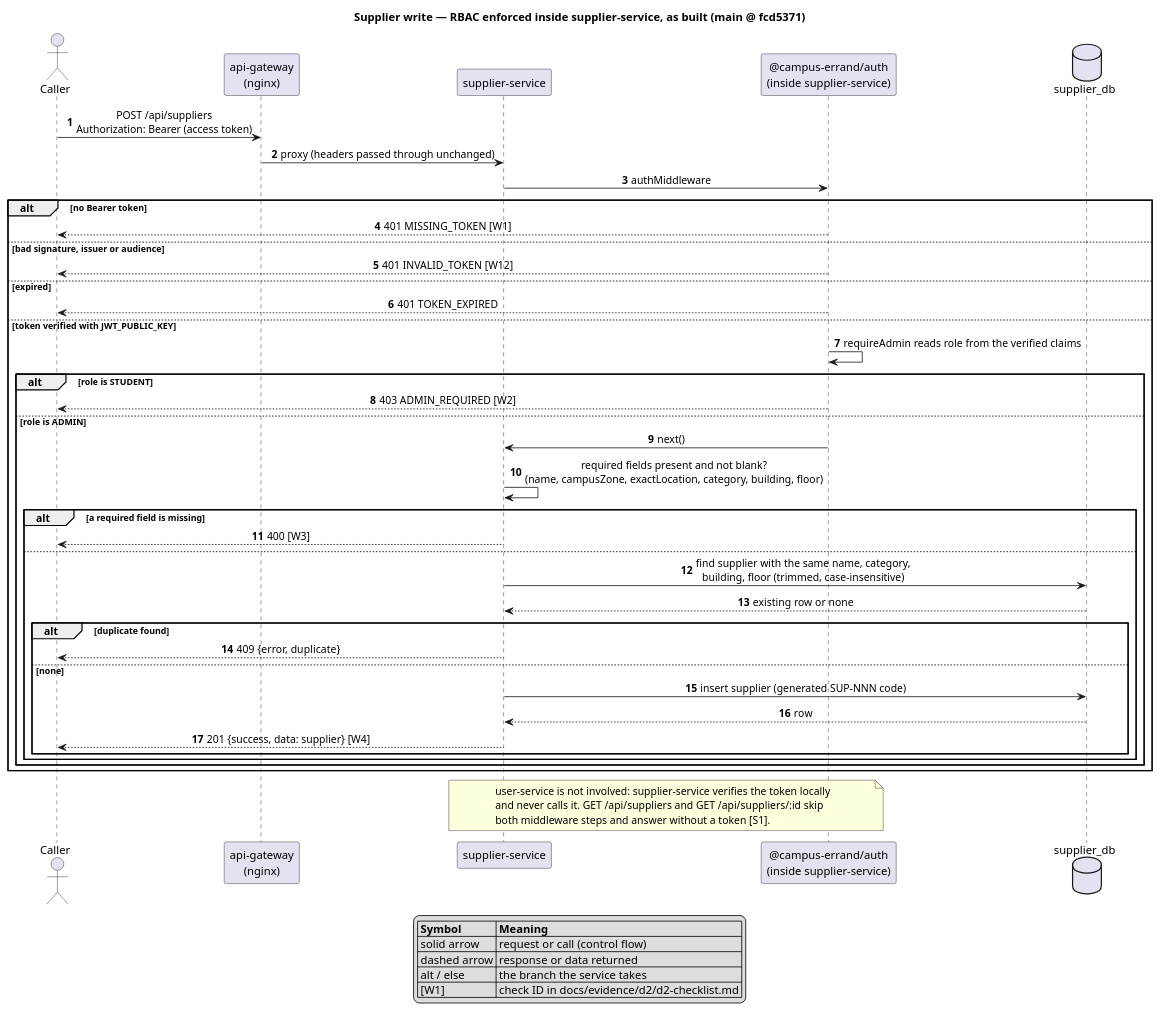
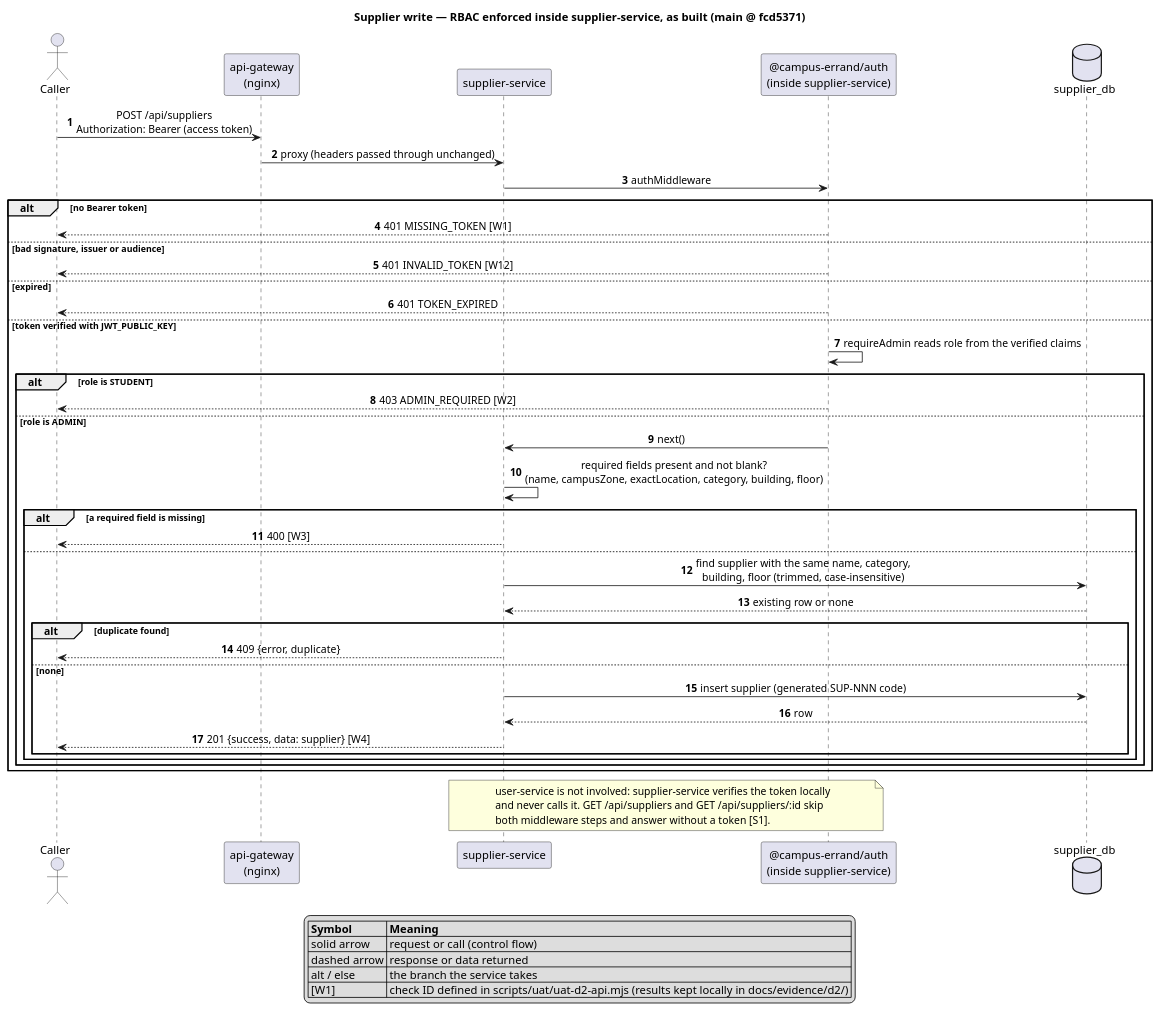
One commit to AY2627S1-CS3219-P25/friend-on-campus changed the diagram in docs/diagrams/auth-supplier-write.puml. Above: the diagram before and after it, drawn with PlantUML. The commit also changed 2 other files, not shown here.

Commit message:
docs: point the sequence-diagram legends at the script that defines the check IDs

```diff
--- a/docs/diagrams/auth-supplier-write.puml
+++ b/docs/diagrams/auth-supplier-write.puml
@@ -7,58 +7,58 @@
 @startuml auth-supplier-write
 title Supplier write — RBAC enforced inside supplier-service, as built (main @ fcd5371)
 skinparam shadowing false
 skinparam sequenceMessageAlign center
 autonumber
 
 actor "Caller" as U
 participant "api-gateway\n(nginx)" as GW
 participant "supplier-service" as SS
 participant "@campus-errand/auth\n(inside supplier-service)" as MW
 database "supplier_db" as DB
 
 U -> GW : POST /api/suppliers\nAuthorization: Bearer (access token)
 GW -> SS : proxy (headers passed through unchanged)
 SS -> MW : authMiddleware
 alt no Bearer token
   MW --> U : 401 MISSING_TOKEN [W1]
 else bad signature, issuer or audience
   MW --> U : 401 INVALID_TOKEN [W12]
 else expired
   MW --> U : 401 TOKEN_EXPIRED
 else token verified with JWT_PUBLIC_KEY
   MW -> MW : requireAdmin reads role from the verified claims
   alt role is STUDENT
     MW --> U : 403 ADMIN_REQUIRED [W2]
   else role is ADMIN
     MW -> SS : next()
     SS -> SS : required fields present and not blank?\n(name, campusZone, exactLocation, category, building, floor)
     alt a required field is missing
       SS --> U : 400 [W3]
     else
       SS -> DB : find supplier with the same name, category,\nbuilding, floor (trimmed, case-insensitive)
       DB --> SS : existing row or none
       alt duplicate found
         SS --> U : 409 {error, duplicate}
       else none
         SS -> DB : insert supplier (generated SUP-NNN code)
         DB --> SS : row
         SS --> U : 201 {success, data: supplier} [W4]
       end
     end
   end
 end
 
 note over SS, MW
   user-service is not involved: supplier-service verifies the token locally
   and never calls it. GET /api/suppliers and GET /api/suppliers/:id skip
   both middleware steps and answer without a token [S1].
 end note
 
 legend bottom
   |= Symbol |= Meaning |
   | solid arrow | request or call (control flow) |
   | dashed arrow | response or data returned |
   | alt / else | the branch the service takes |
-  | [W1] | check ID in docs/evidence/d2/d2-checklist.md |
+  | [W1] | check ID defined in scripts/uat/uat-d2-api.mjs (results kept locally in docs/evidence/d2/) |
 endlegend
 @enduml
```
